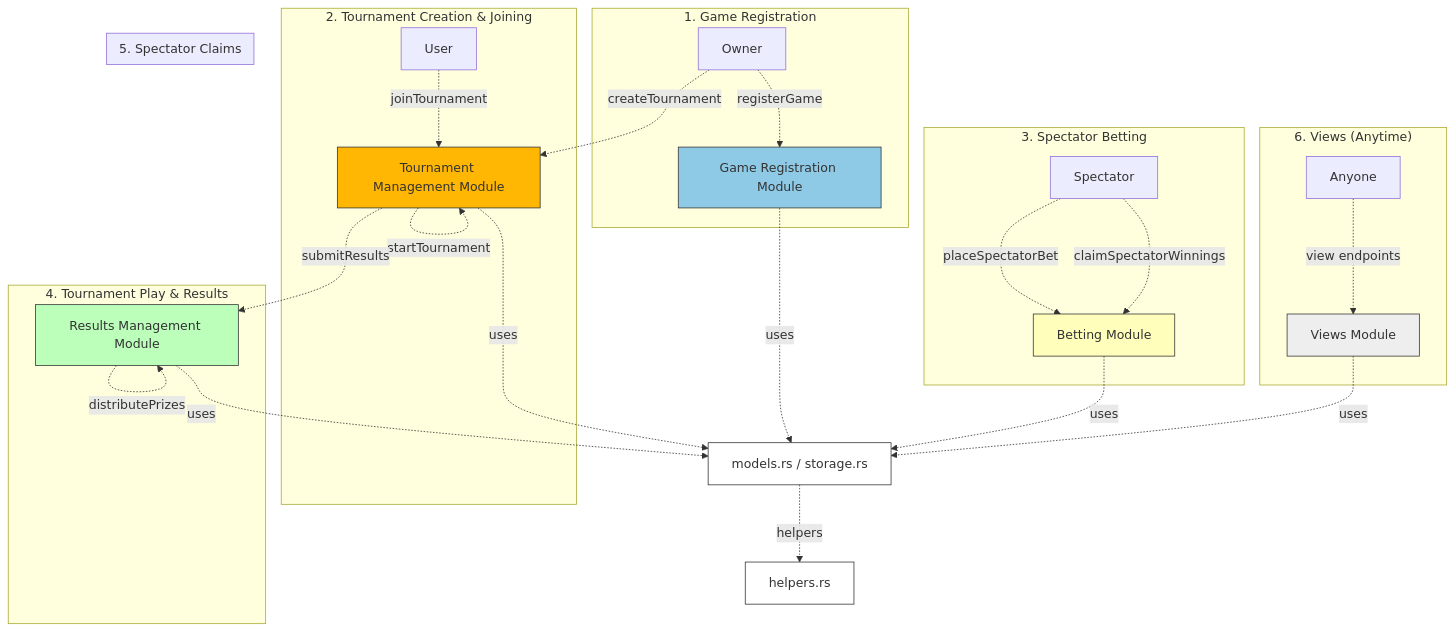
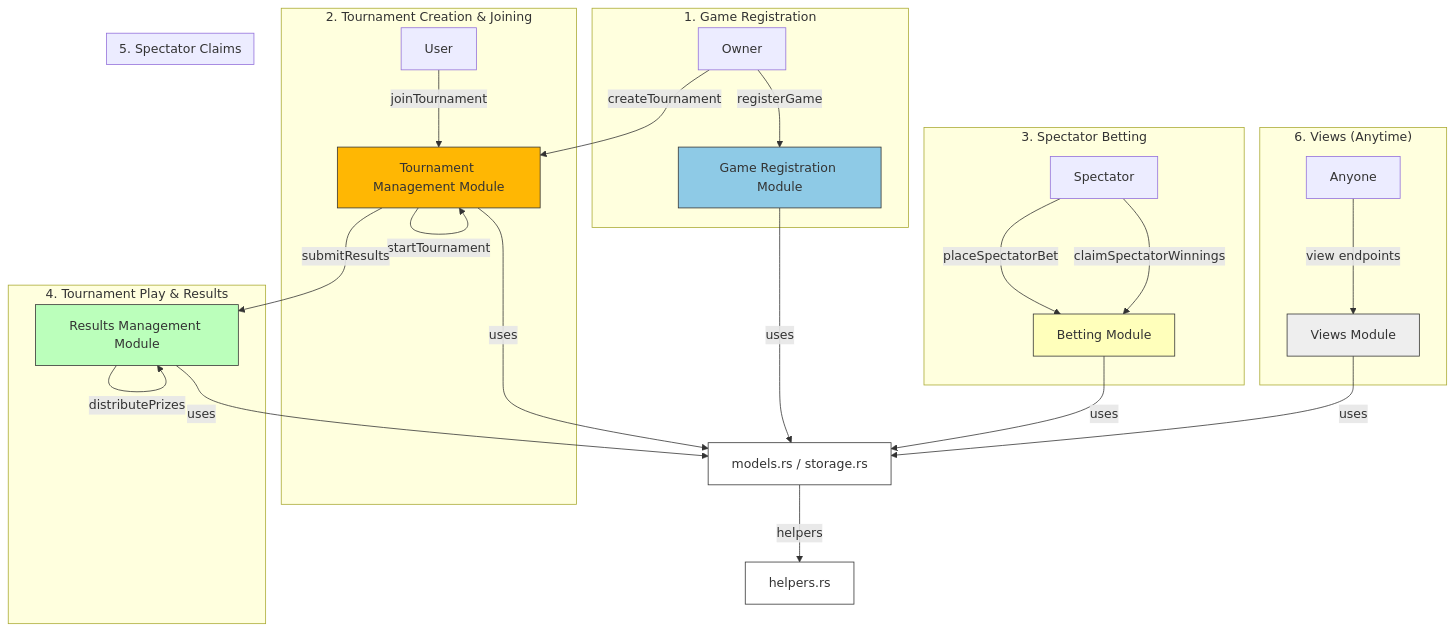
The diagram in contracts/tournament-hub/README.md (multiversx/mx-contracts-rs), drawn with Mermaid before and after one commit.

Commit message:
tournament-hub: Fix mermaid flow

````diff
--- a/contracts/tournament-hub/README.md
+++ b/contracts/tournament-hub/README.md
@@ -57,51 +57,52 @@
 ```mermaid
 flowchart TD
     %% Step 1: Game Registration
-    subgraph Step1["1. Game Registration"]
-        Owner -.->|registerGame| GameReg[Game Registration Module]
+    subgraph Step1 ["1. Game Registration"]
+        Owner -->|registerGame| GameReg[Game Registration Module]
     end
 
     %% Step 2: Tournament Creation & Joining
-    subgraph Step2["2. Tournament Creation & Joining"]
-        Owner -.->|createTournament| TourManage[Tournament Management Module]
-        User -.->|joinTournament| TourManage
-        TourManage -.->|startTournament| TourManage
+    subgraph Step2 ["2. Tournament Creation & Joining"]
+        Owner -->|createTournament| TourManage[Tournament Management Module]
+        User -->|joinTournament| TourManage
+        TourManage -->|startTournament| TourManage
     end
 
     %% Step 3: Spectator Betting
-    subgraph Step3["3. Spectator Betting"]
-        Spectator -.->|placeSpectatorBet| SpectBet[Betting Module]
+    subgraph Step3 ["3. Spectator Betting"]
+        Spectator -->|placeSpectatorBet| SpectBet[Betting Module]
     end
 
     %% Step 4: Tournament Play & Results
-    subgraph Step4["4. Tournament Play & Results"]
-        TourManage -.->|submitResults| Results[Results Management Module]
-        Results -.->|distributePrizes| Results
+    subgraph Step4 ["4. Tournament Play & Results"]
+        TourManage -->|submitResults| Results[Results Management Module]
+        Results -->|distributePrizes| Results
     end
 
     %% Step 5: Spectator Claims
-    subgraph Step5["5. Spectator Claims"]
-        Spectator -.->|claimSpectatorWinnings| SpectBet
+    subgraph Step5 ["5. Spectator Claims"]
+        Spectator -->|claimSpectatorWinnings| SpectBet
     end
 
     %% Step 6: Views (Anytime)
-    subgraph Step6["6. Views (Anytime)"]
-        Anyone -.->|view endpoints| Views[Views Module]
+    subgraph Step6 ["6. Views (Anytime)"]
+        Anyone -->|view endpoints| Views[Views Module]
     end
 
     %% Module dependencies
-    GameReg -.->|uses| Shared[models.rs / storage.rs]
-    TourManage -.->|uses| Shared
-    SpectBet -.->|uses| Shared
-    Results -.->|uses| Shared
-    Views -.->|uses| Shared
-    Shared -.->|helpers| Helpers[helpers.rs]
+    GameReg -->|uses| Shared[models.rs / storage.rs]
+    TourManage -->|uses| Shared
+    SpectBet -->|uses| Shared
+    Results -->|uses| Shared
+    Views -->|uses| Shared
+    Shared -->|helpers| Helpers[helpers.rs]
 
+    %% Styling
     style GameReg fill:#8ecae6,stroke:#333,stroke-width:1px
     style TourManage fill:#ffb703,stroke:#333,stroke-width:1px
     style Results fill:#bfb,stroke:#333,stroke-width:1px
     style SpectBet fill:#ffb,stroke:#333,stroke-width:1px
     style Views fill:#eee,stroke:#333,stroke-width:1px
     style Shared fill:#fff,stroke:#333,stroke-width:1px
     style Helpers fill:#fff,stroke:#333,stroke-width:1px
 ```
````
